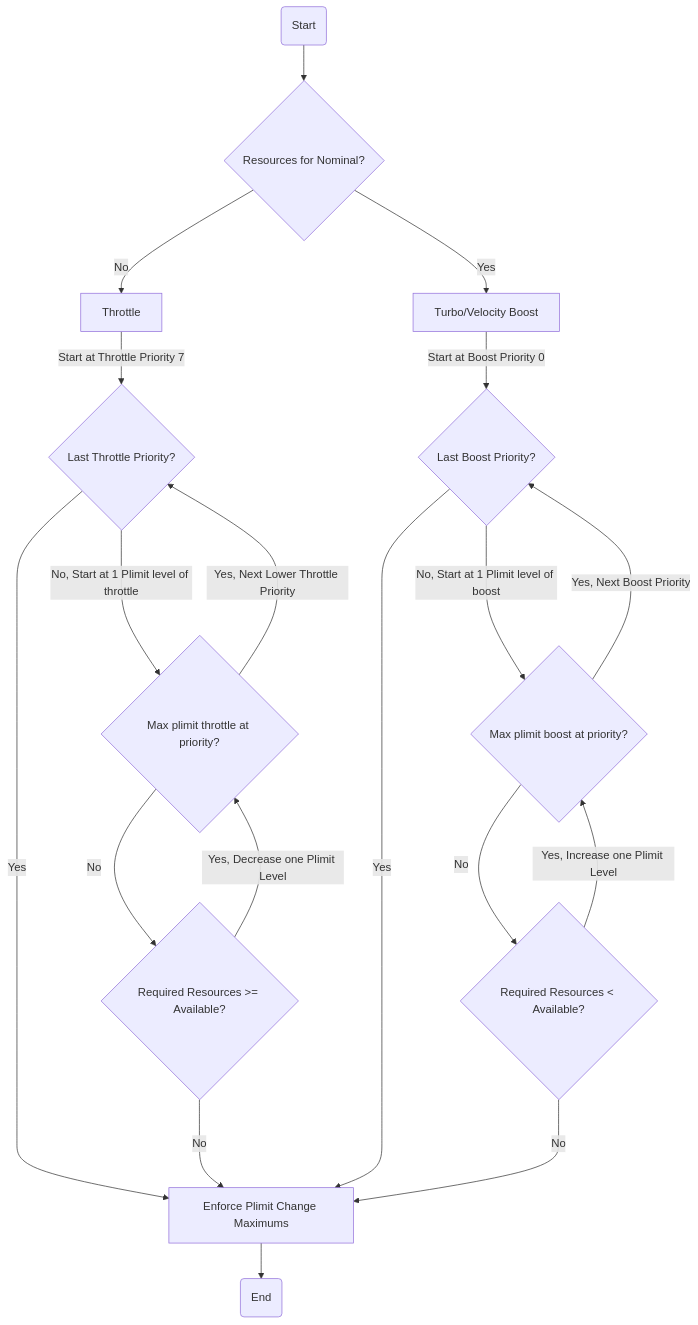
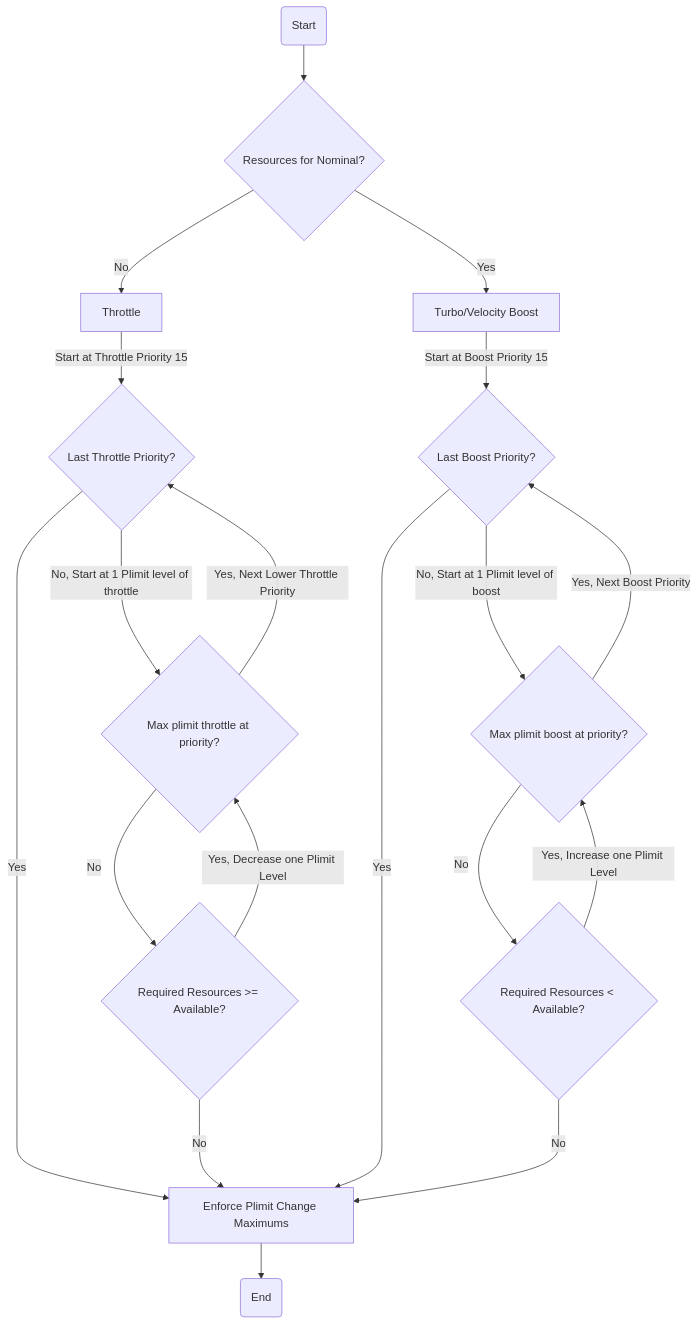
Before and after one commit to jivahire-com/cpp-thread-safe-cache: the third of 6 diagrams in docs/development/FirmwareDesign/PowerManagement.md, drawn with Mermaid. The commit also changed 8 other files, not shown here.

````diff
--- a/docs/development/FirmwareDesign/PowerManagement.md
+++ b/docs/development/FirmwareDesign/PowerManagement.md
@@ -437,24 +437,24 @@
 ```mermaid
 flowchart TD
     Init1(Start) --> Init2{Resources for Nominal?}
     Init2 -->|No| Throttle1[Throttle]
     Init2 -->|Yes| Turbo1[Turbo/Velocity Boost]
     
-    Throttle1 -->|Start at Throttle Priority 7| Throttle2{Last Throttle Priority?}
+    Throttle1 -->|Start at Throttle Priority 15| Throttle2{Last Throttle Priority?}
     Throttle2 --->|No, Start at 1 Plimit level of throttle| Throttle3{Max plimit throttle at priority?}
     Throttle2 ------>|Yes| End
     Throttle3 -->|Yes, Next Lower Throttle Priority| Throttle2
     Throttle3 -->|No| Throttle4{Required Resources >= Available?}
     Throttle4 -->|Yes, Decrease one Plimit Level| Throttle3
     Throttle4 -->|No| End
     
-    Turbo1 -->|Start at Boost Priority 0| Turbo2{Last Boost Priority?}
+    Turbo1 -->|Start at Boost Priority 15| Turbo2{Last Boost Priority?}
     Turbo2 --->|No, Start at 1 Plimit level of boost| Turbo3{Max plimit boost at priority?}
     Turbo2 ------>|Yes| End
     Turbo3 -->|Yes, Next Boost Priority| Turbo2
     Turbo3 -->|No| Turbo4{Required Resources < Available?}
     Turbo4 -->|Yes, Increase one Plimit Level| Turbo3
     Turbo4 -->|No| End
     End[Enforce Plimit Change Maximums]
     End --> End2(End)
 ```
````
